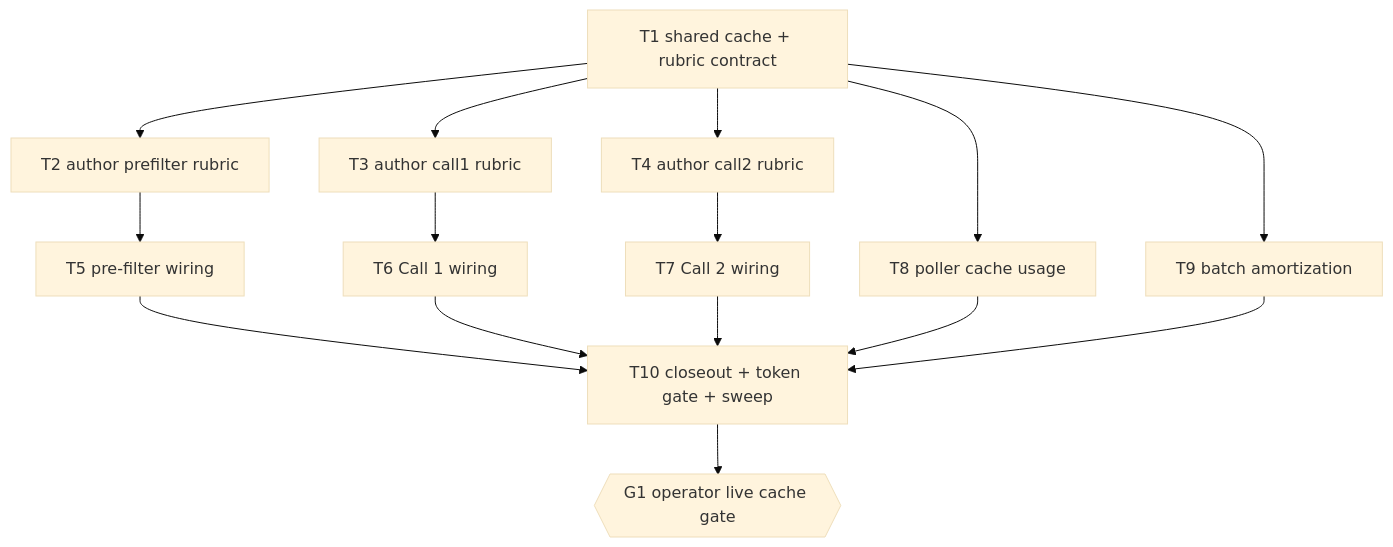
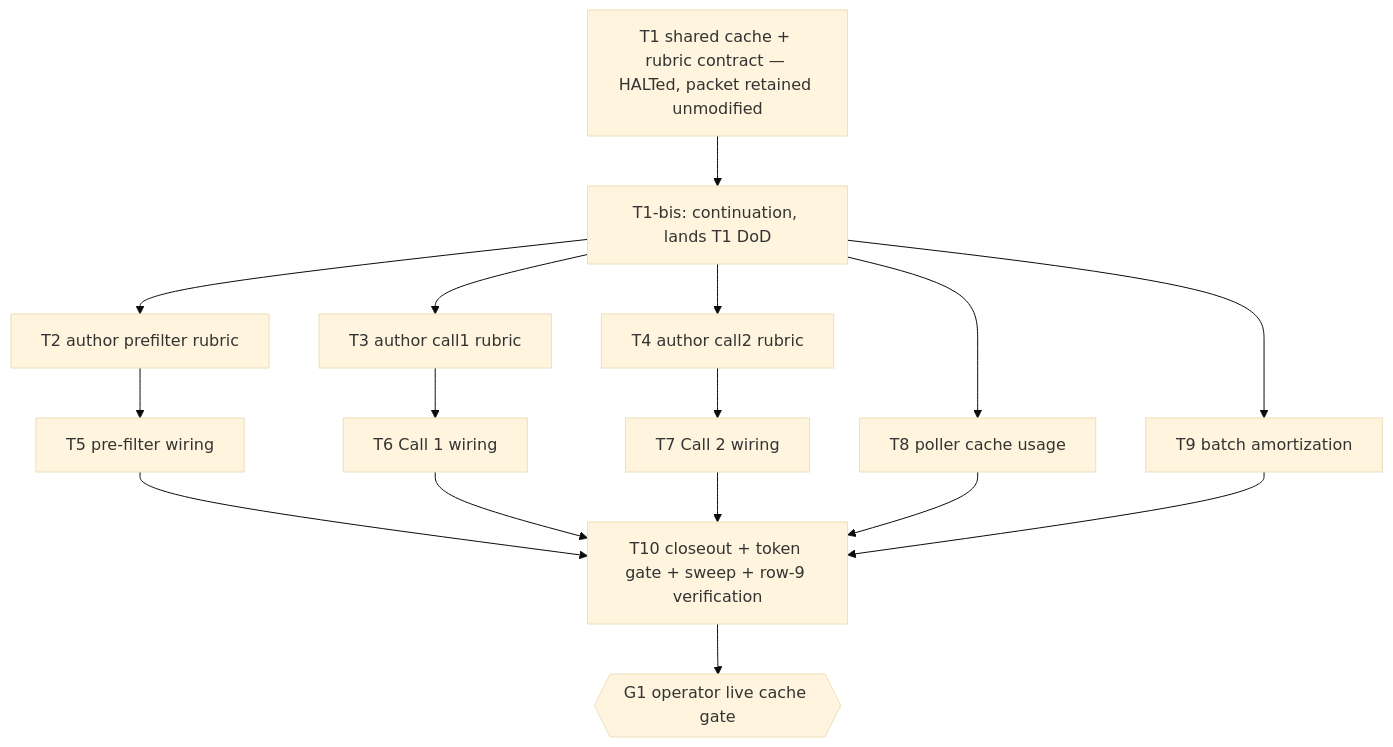
The diagram in .dev/plans/prompt-caching/plan.md (naaas94/BISHOP), drawn with Mermaid (base theme) before and after one commit. The commit also changed other lines of this file and 11 other files, not shown here.

````diff
--- a/.dev/plans/prompt-caching/plan.md
+++ b/.dev/plans/prompt-caching/plan.md
@@ -189,17 +193,18 @@
 ```mermaid
 graph TD
-    T1[T1 shared cache + rubric contract] --> T2[T2 author prefilter rubric]
-    T1 --> T3[T3 author call1 rubric]
-    T1 --> T4[T4 author call2 rubric]
-    T1 --> T8[T8 poller cache usage]
-    T1 --> T9[T9 batch amortization]
+    T1[T1 shared cache + rubric contract — HALTed, packet retained unmodified] --> T1bis[T1-bis: continuation, lands T1 DoD]
+    T1bis --> T2[T2 author prefilter rubric]
+    T1bis --> T3[T3 author call1 rubric]
+    T1bis --> T4[T4 author call2 rubric]
+    T1bis --> T8[T8 poller cache usage]
+    T1bis --> T9[T9 batch amortization]
     T2 --> T5[T5 pre-filter wiring]
     T3 --> T6[T6 Call 1 wiring]
     T4 --> T7[T7 Call 2 wiring]
-    T5 --> T10[T10 closeout + token gate + sweep]
+    T5 --> T10[T10 closeout + token gate + sweep + row-9 verification]
     T6 --> T10
     T7 --> T10
     T8 --> T10
     T9 --> T10
     T10 --> G1{{G1 operator live cache gate}}
 ```
````
